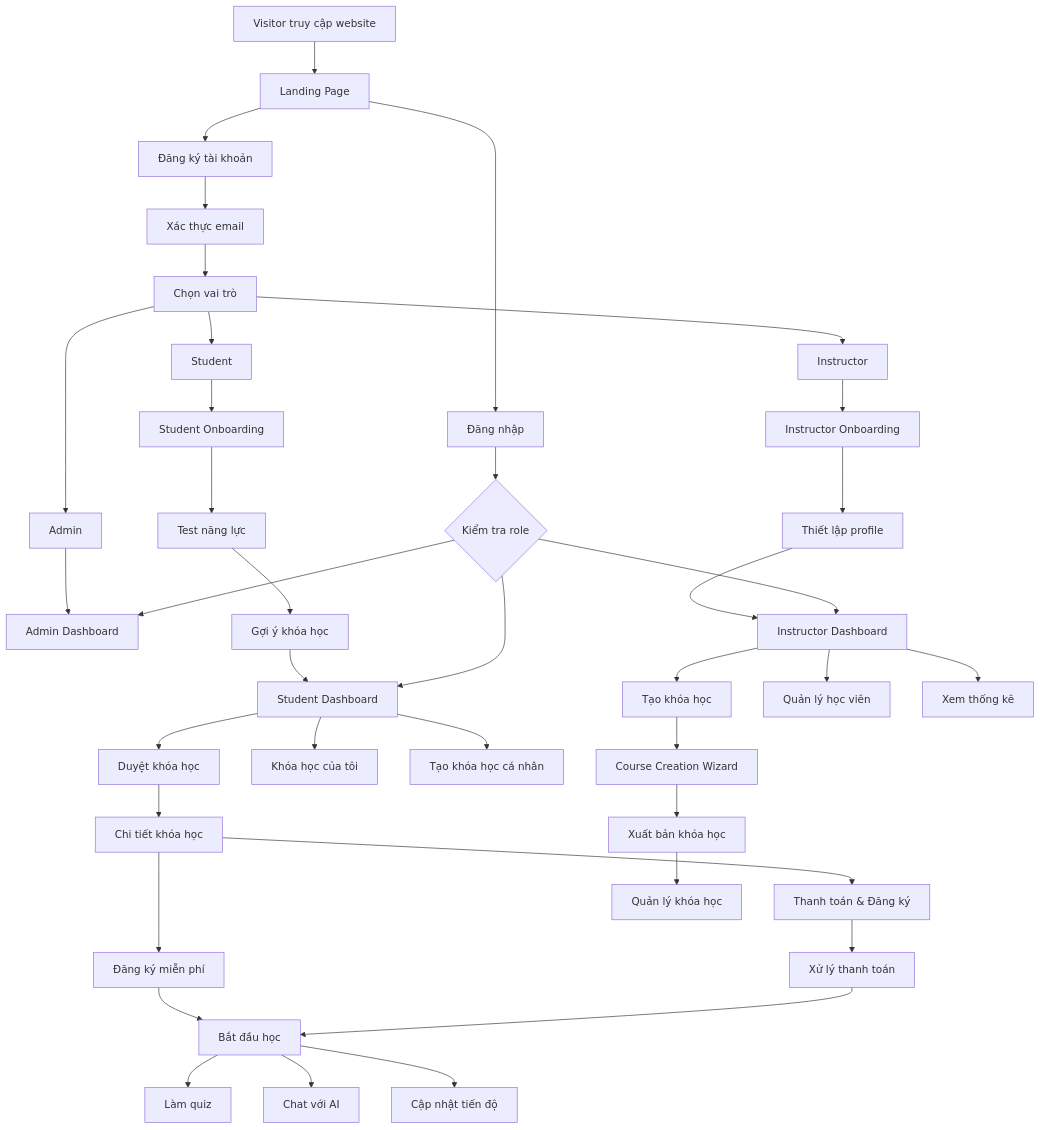
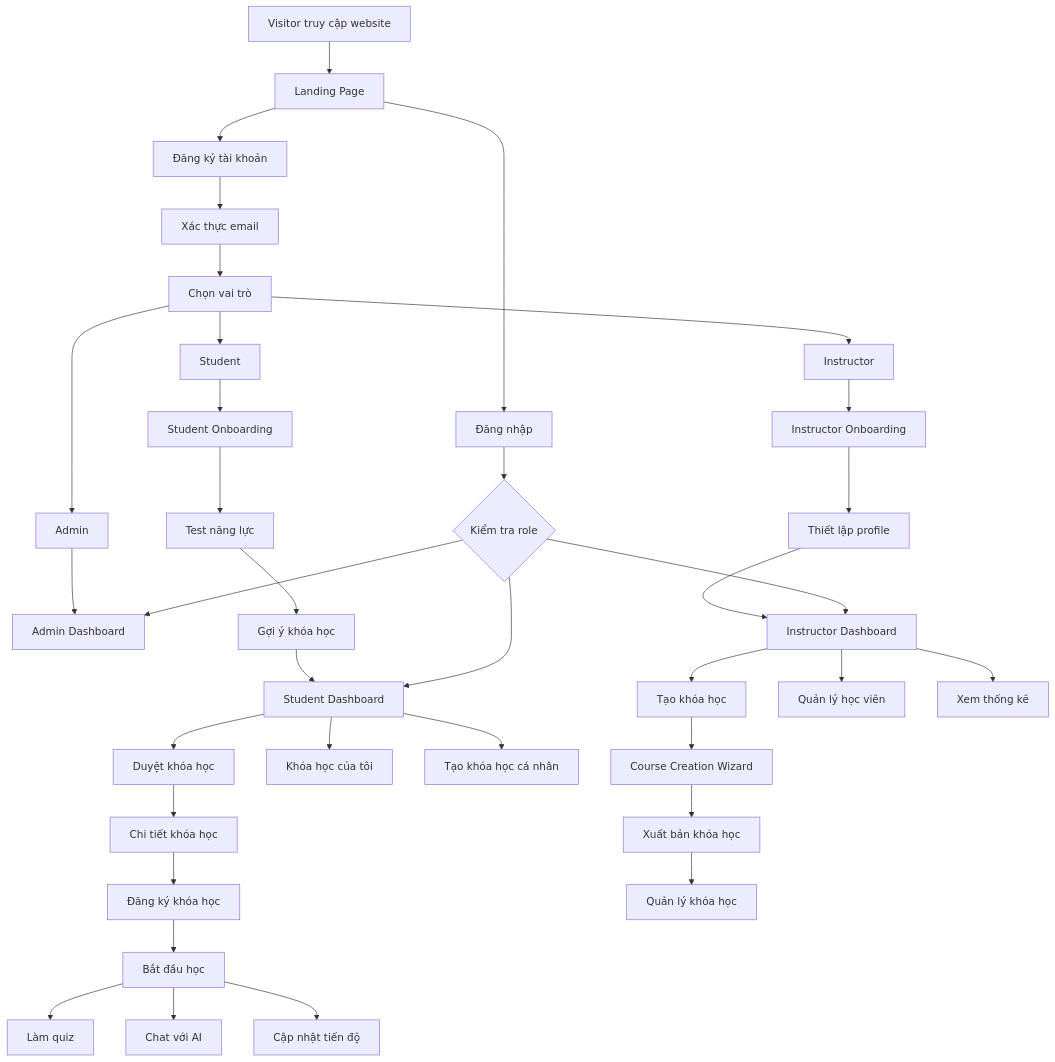
Before and after one commit to ta28nov/LEARNING-AI: the first of 8 diagrams in HE_THONG.md, drawn with Mermaid. The commit also changed other lines of this file and 1 other file, not shown here.

````diff
--- a/HE_THONG.md
+++ b/HE_THONG.md
@@ -339,53 +343,49 @@
 ```mermaid
 graph TB
     START[Visitor truy cập website] --> LANDING[Landing Page]
     LANDING --> REGISTER[Đăng ký tài khoản]
     LANDING --> LOGIN[Đăng nhập]
     
     REGISTER --> EMAIL_VERIFY[Xác thực email]
     EMAIL_VERIFY --> ROLE_SELECT[Chọn vai trò]
     
     ROLE_SELECT --> STUDENT_ROLE[Student]
     ROLE_SELECT --> INSTRUCTOR_ROLE[Instructor]
     ROLE_SELECT --> ADMIN_ROLE[Admin]
     
     STUDENT_ROLE --> STUDENT_ONBOARD[Student Onboarding]
     INSTRUCTOR_ROLE --> INSTRUCTOR_ONBOARD[Instructor Onboarding]
     ADMIN_ROLE --> ADMIN_DASHBOARD[Admin Dashboard]
     
     STUDENT_ONBOARD --> SKILL_TEST[Test năng lực]
     SKILL_TEST --> RECOMMENDATIONS[Gợi ý khóa học]
     RECOMMENDATIONS --> STUDENT_DASHBOARD[Student Dashboard]
     
     INSTRUCTOR_ONBOARD --> PROFILE_SETUP[Thiết lập profile]
     PROFILE_SETUP --> INSTRUCTOR_DASHBOARD[Instructor Dashboard]
     
     LOGIN --> AUTH_CHECK{Kiểm tra role}
     AUTH_CHECK --> STUDENT_DASHBOARD
     AUTH_CHECK --> INSTRUCTOR_DASHBOARD
     AUTH_CHECK --> ADMIN_DASHBOARD
     
     STUDENT_DASHBOARD --> BROWSE_COURSES[Duyệt khóa học]
     STUDENT_DASHBOARD --> MY_COURSES[Khóa học của tôi]
     STUDENT_DASHBOARD --> PERSONAL_COURSE[Tạo khóa học cá nhân]
     
     INSTRUCTOR_DASHBOARD --> CREATE_COURSE[Tạo khóa học]
     INSTRUCTOR_DASHBOARD --> MANAGE_STUDENTS[Quản lý học viên]
     INSTRUCTOR_DASHBOARD --> ANALYTICS[Xem thống kê]
     
-    BROWSE_COURSES --> COURSE_DETAIL[Chi tiết khóa học]
-    COURSE_DETAIL --> ENROLL_FREE[Đăng ký miễn phí]
-    COURSE_DETAIL --> ENROLL_PAID[Thanh toán & Đăng ký]
-    
-    ENROLL_FREE --> LEARNING[Bắt đầu học]
-    ENROLL_PAID --> PAYMENT[Xử lý thanh toán]
-    PAYMENT --> LEARNING
+  BROWSE_COURSES --> COURSE_DETAIL[Chi tiết khóa học]
+  COURSE_DETAIL --> ENROLL[Đăng ký khóa học]
+  ENROLL --> LEARNING[Bắt đầu học]
     
     LEARNING --> QUIZ[Làm quiz]
     LEARNING --> CHAT_AI[Chat với AI]
     LEARNING --> PROGRESS[Cập nhật tiến độ]
     
     CREATE_COURSE --> COURSE_WIZARD[Course Creation Wizard]
     COURSE_WIZARD --> PUBLISH[Xuất bản khóa học]
     PUBLISH --> COURSE_MANAGEMENT[Quản lý khóa học]
 ```
````
